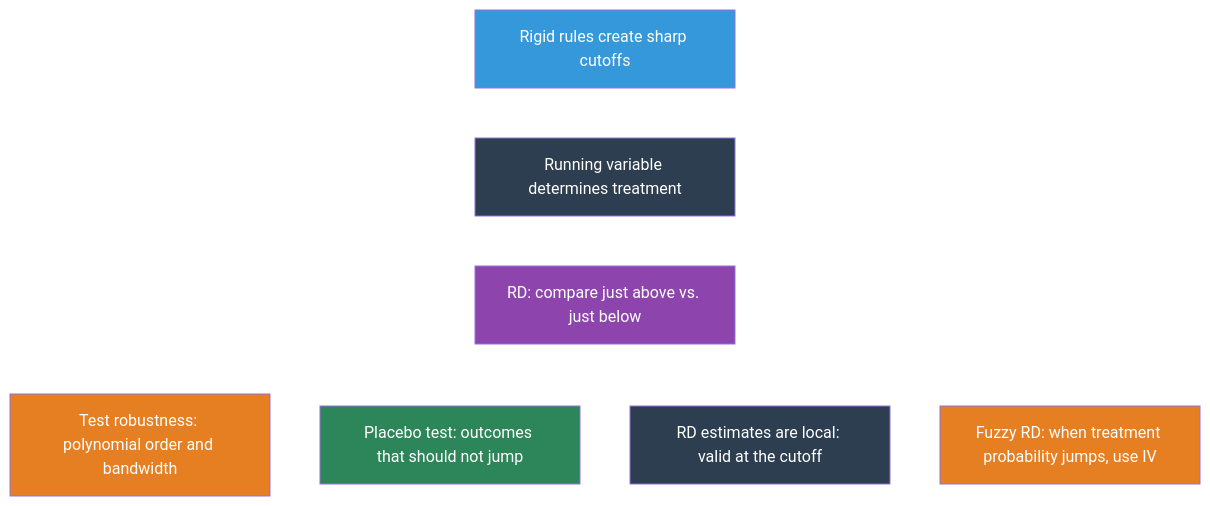
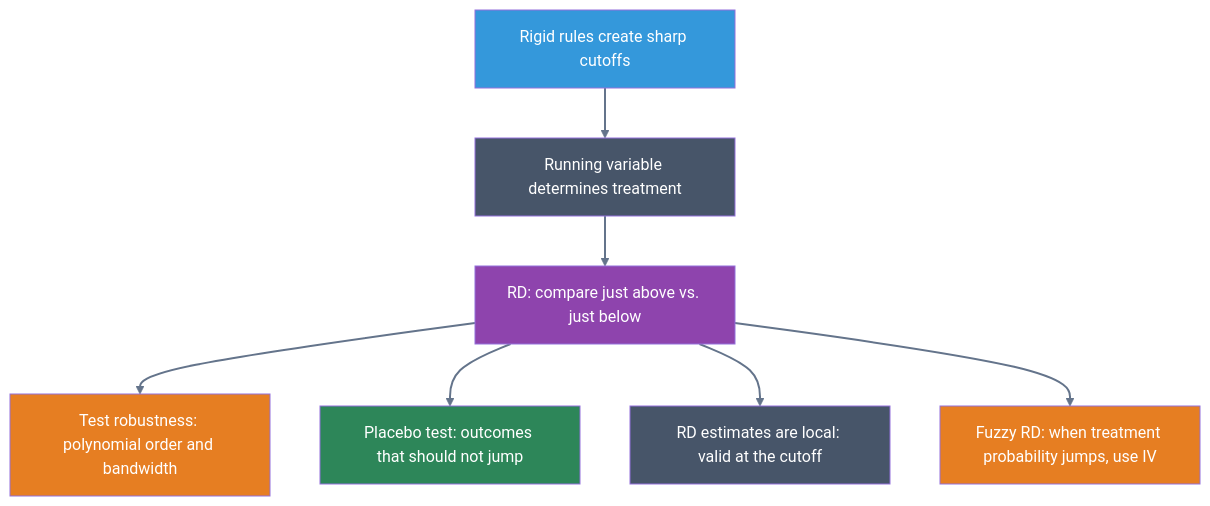
One commit to cmg777/intro2causal changed the second of 2 diagrams in book/notebooks_quarto/04-regression-discontinuity.qmd. Above: the diagram before and after it, drawn with Mermaid. The commit also changed other lines of this file and 5 other files, not shown here.

First line of the commit message:
Fix mermaid diagram colors for dark/light theme visibility

````diff
--- a/book/notebooks_quarto/04-regression-discontinuity.qmd
+++ b/book/notebooks_quarto/04-regression-discontinuity.qmd
@@ -343,28 +343,28 @@
 ```{mermaid}
 %%| label: fig-concept-map
 %%| fig-cap: "How the key concepts of Chapter 4 connect"
 
 graph TD
     Q["Rigid rules create sharp cutoffs"]
     RV["Running variable determines treatment"]
     RD["RD: compare just above vs. just below"]
     SPEC["Test robustness: polynomial order and bandwidth"]
     PLAC["Placebo test: outcomes that should not jump"]
     LOCAL["RD estimates are local: valid at the cutoff"]
     FUZZY["Fuzzy RD: when treatment probability jumps, use IV"]
 
     Q --> RV --> RD
     RD --> SPEC
     RD --> PLAC
     RD --> LOCAL
     RD --> FUZZY
 
     style Q fill:#3498db,color:#fff
-    style RV fill:#2c3e50,color:#fff
+    style RV fill:#475569,color:#fff
     style RD fill:#8e44ad,color:#fff
     style SPEC fill:#e67e22,color:#fff
     style PLAC fill:#2d8659,color:#fff
-    style LOCAL fill:#2c3e50,color:#fff
+    style LOCAL fill:#475569,color:#fff
     style FUZZY fill:#e67e22,color:#fff
-    linkStyle default stroke:#fff,stroke-width:2px
+    linkStyle default stroke:#64748b,stroke-width:2px
 ```
````
